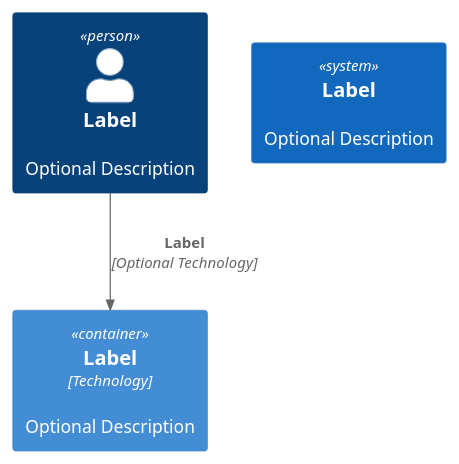
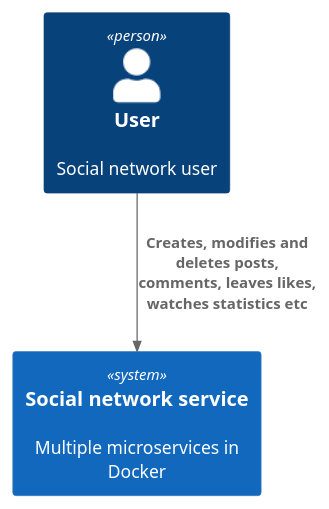
The diagram in doc/c4-context.puml (Petr1Furious/soa), drawn with PlantUML before and after one commit. The commit also changed 3 other files, not shown here.

```diff
--- a/doc/c4-context.puml
+++ b/doc/c4-context.puml
@@ -1,10 +1,9 @@
 @startuml Context
 
 !include https://raw.githubusercontent.com/plantuml-stdlib/C4-PlantUML/master/C4_Container.puml
 
-Person(personAlias, "Label", "Optional Description")
-Container(containerAlias, "Label", "Technology", "Optional Description")
-System(systemAlias, "Label", "Optional Description")
+Person(user, "User", "Social network user")
+System(service, "Social network service", "Multiple microservices in Docker")
+Rel(user, service, "Creates, modifies and deletes posts, comments, leaves likes, watches statistics etc")
 
-Rel(personAlias, containerAlias, "Label", "Optional Technology")
 @enduml
```
